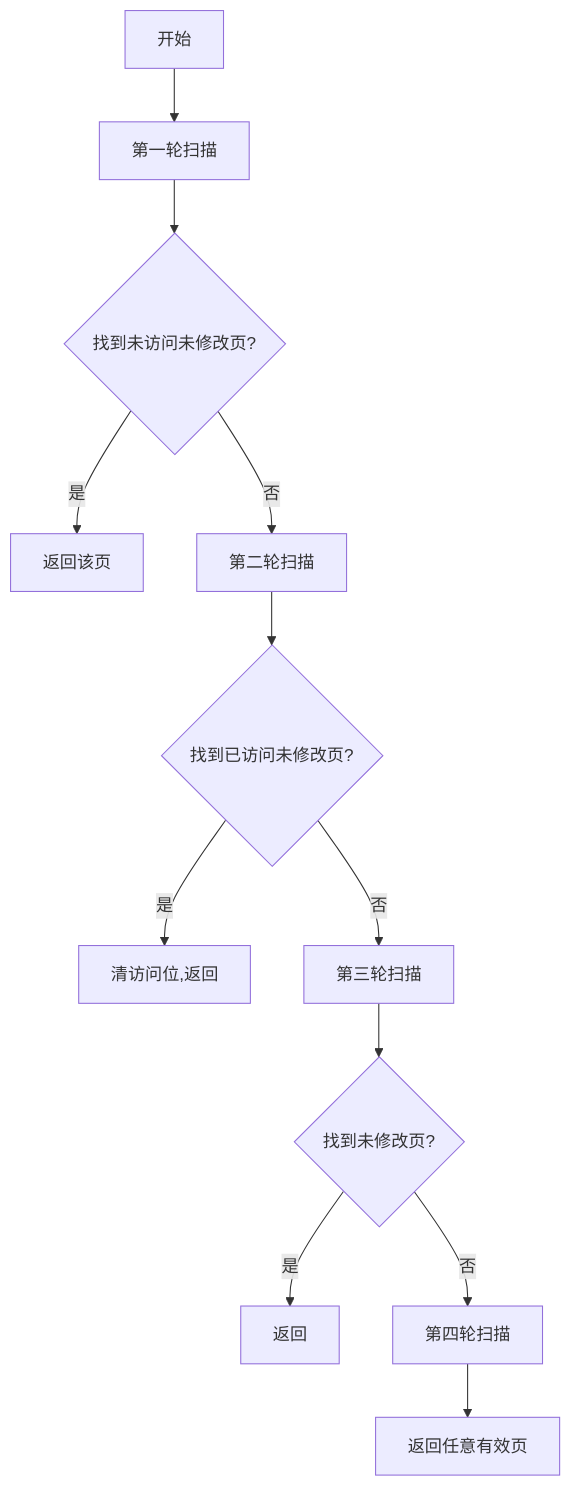
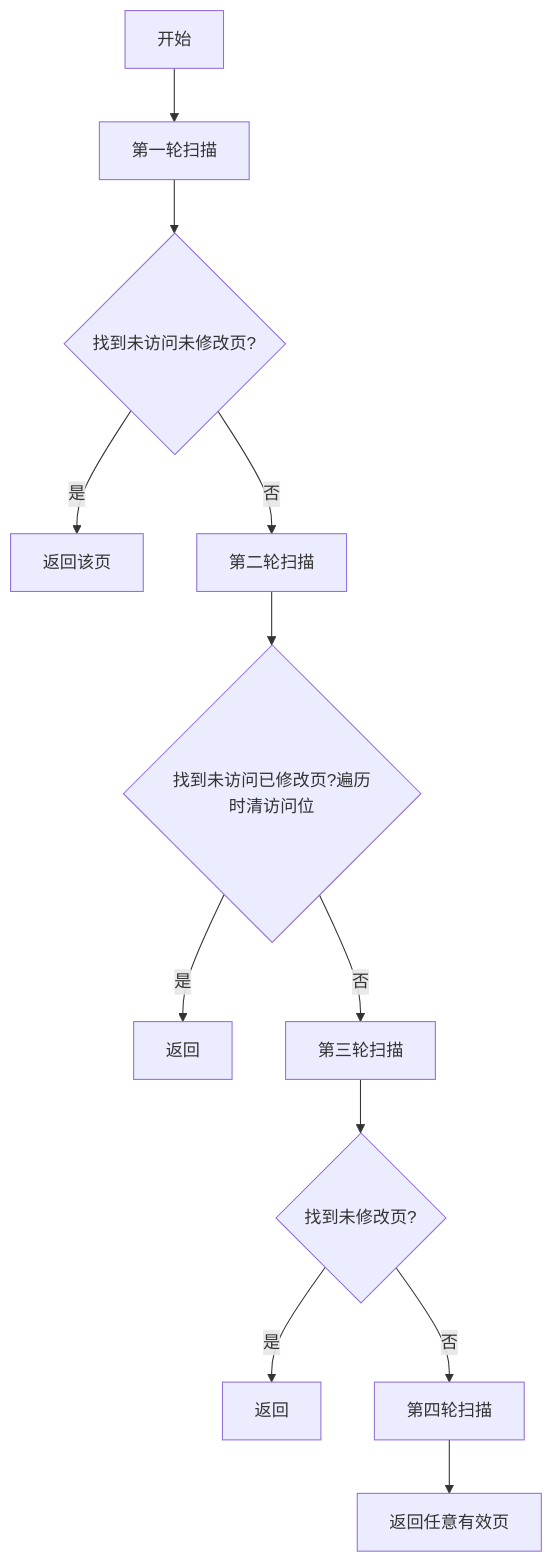
Diagram 21 of 52 in report2025.md (trenchance2022/OSCD), drawn with Mermaid before and after one commit. The commit also changed other lines of this file and 10 other files, not shown here.

Commit message:
完善了内存管理的单元和集成测试， 修订了文档的一处错误，更新了内存管理单元测试的截图（背景颜色与别的有所区别，如果不喜欢可以重新截图） 添加了一个内存管理的常数 修改了内存管理代码的目录结构 完成以上修改后，我重新进行了所以单元测试，没有错误，由选择了一部分集成测试（具体包括文件相同，设备调度，两个多cpu调度），也没有错误

````diff
--- a/report2025.md
+++ b/report2025.md
@@ -1961,14 +1961,14 @@
 ```mermaid
 graph TD
     A[开始] --> B[第一轮扫描]
     B --> C{找到未访问未修改页?}
     C -->|是| D[返回该页]
     C -->|否| E[第二轮扫描]
-    E --> F{找到已访问未修改页?}
-    F -->|是| G[清访问位,返回]
+    E --> F{找到未访问已修改页?遍历时清访问位}
+    F -->|是| G[返回]
     F -->|否| H[第三轮扫描]
     H --> I{找到未修改页?}
     I -->|是| J[返回]
     I -->|否| K[第四轮扫描]
     K --> L[返回任意有效页]
 ```
````
